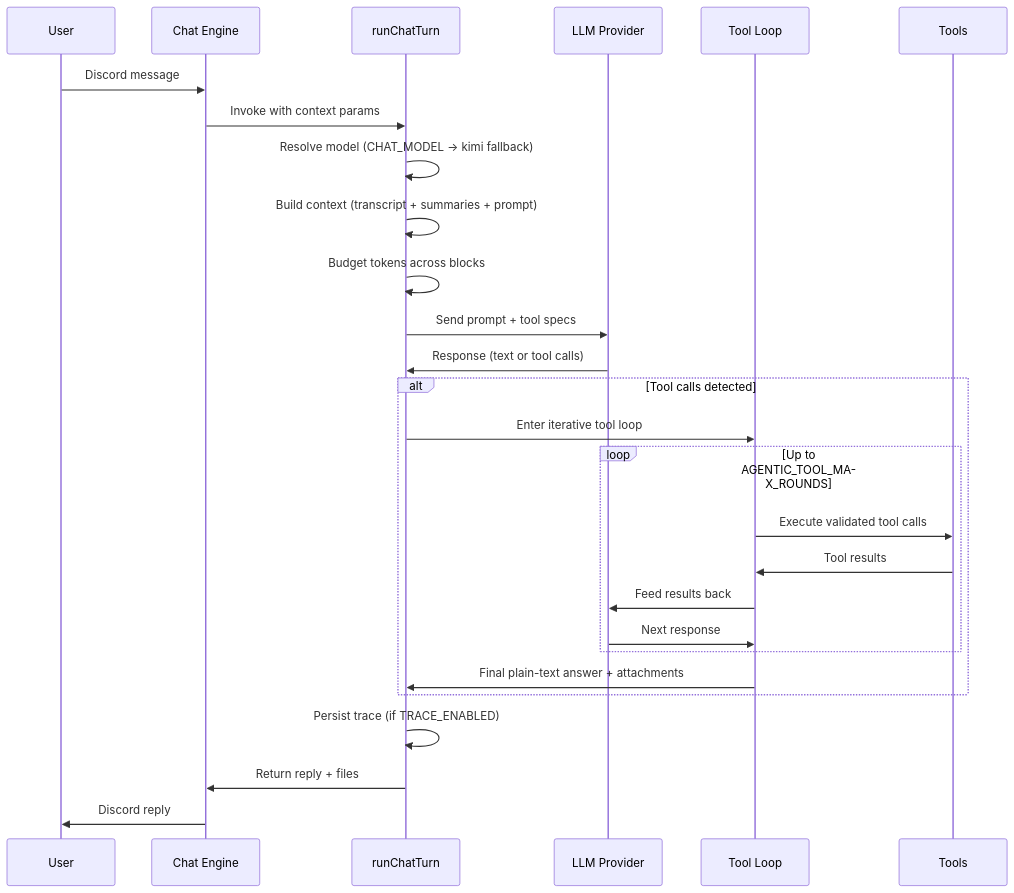
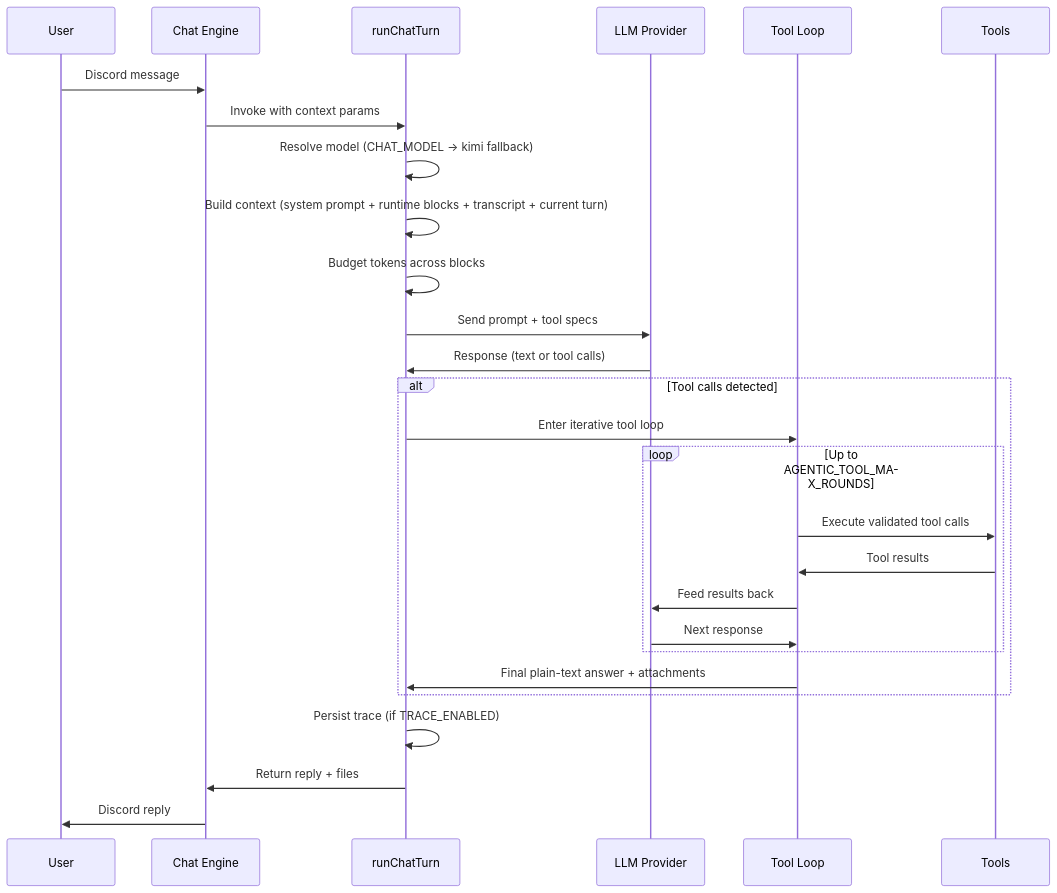
Before and after one commit to BokX1/Sage: the second of 2 diagrams in docs/architecture/OVERVIEW.md, drawn with Mermaid. The commit also changed other lines of this file and 22 other files, not shown here.

Commit message:
docs: align repo docs with current runtime

````diff
--- a/docs/architecture/OVERVIEW.md
+++ b/docs/architecture/OVERVIEW.md
@@ -108,32 +107,32 @@
 ```mermaid
 sequenceDiagram
     participant U as User
     participant CE as Chat Engine
     participant RT as runChatTurn
     participant LLM as LLM Provider
     participant TL as Tool Loop
     participant T as Tools
 
     U->>CE: Discord message
     CE->>RT: Invoke with context params
     RT->>RT: Resolve model (CHAT_MODEL → kimi fallback)
-    RT->>RT: Build context (transcript + summaries + prompt)
+    RT->>RT: Build context (system prompt + runtime blocks + transcript + current turn)
     RT->>RT: Budget tokens across blocks
     RT->>LLM: Send prompt + tool specs
     LLM->>RT: Response (text or tool calls)
 
     alt Tool calls detected
         RT->>TL: Enter iterative tool loop
         loop Up to AGENTIC_TOOL_MAX_ROUNDS
             TL->>T: Execute validated tool calls
             T->>TL: Tool results
             TL->>LLM: Feed results back
             LLM->>TL: Next response
         end
         TL->>RT: Final plain-text answer + attachments
     end
 
     RT->>RT: Persist trace (if TRACE_ENABLED)
     RT->>CE: Return reply + files
     CE->>U: Discord reply
 ```
````
